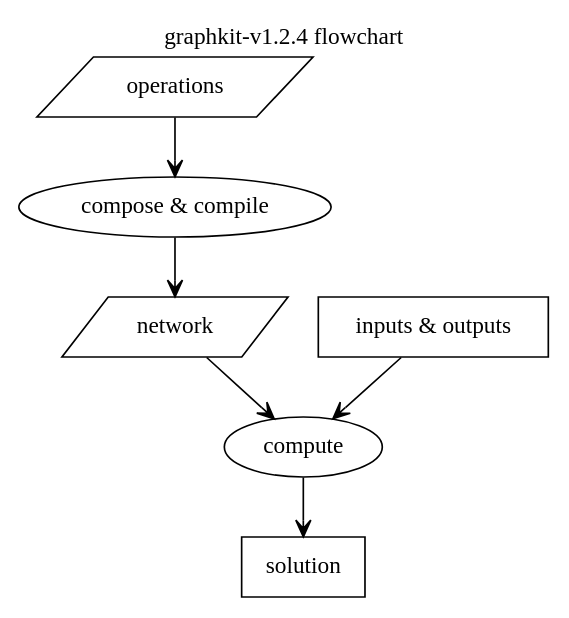
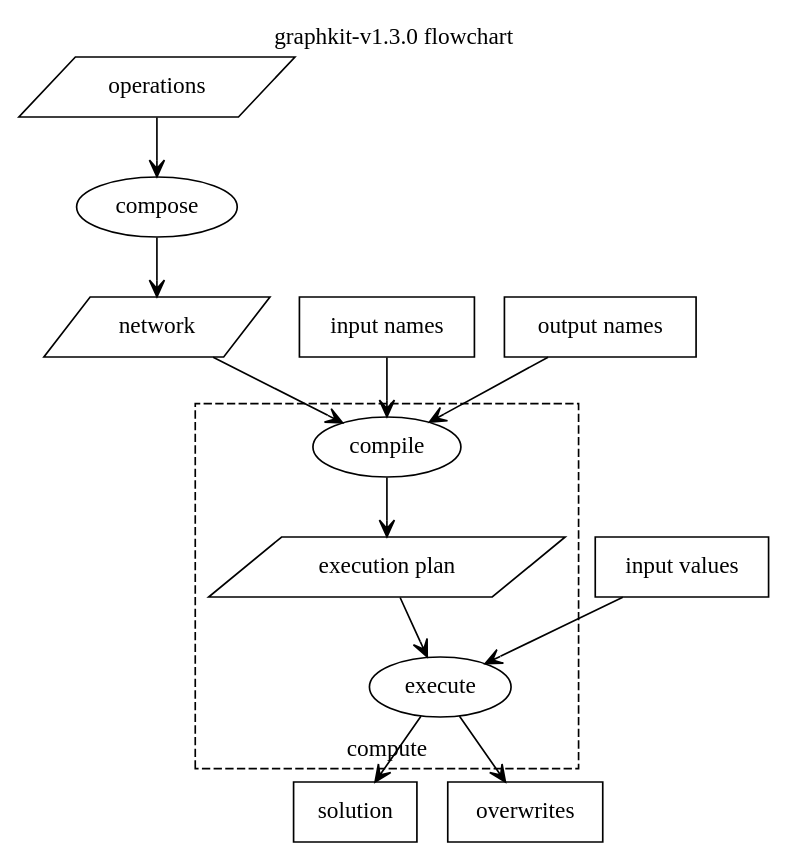
Before and after one commit to yahoo/graphkit: the diagram in docs/GraphkitFlowchart.dot, drawn with Graphviz. The commit also changed 4 other files, not shown here.

Commit message:
doc(changes): +FLOWCHART-v1.3.0

```diff
--- a/docs/GraphkitFlowchart.dot
+++ b/docs/GraphkitFlowchart.dot
@@ -1,18 +1,31 @@
 # Render it manually with this command, and remember to update result in git:
 #
-#   dot docs/GraphkitFlowchart.dot -Tsvg -odocs/source/images/GraphkitFlowchart.svg 
+#   dot docs/GraphkitFlowchart.dot -Tsvg -odocs/source/images/GraphkitFlowchart-vX.Y.Z.svg 
 #
 digraph {
-    label="graphkit-v1.2.4 flowchart";
+    label="graphkit-v1.3.0 flowchart";
     labelloc=t;
 
     operations  [shape=parallelogram fontname="italic"];
-    compose     [label="compose & compile" fontname="italic"];
+    compose     [fontname="italic"];
     network     [shape=parallelogram fontname="italic"];
-    data        [shape=rect label="inputs & outputs"];
-    compute     [fontname=italic fontname="italic"];
+    inputs      [shape=rect label="input names"];
+    outputs     [shape=rect label="output names"];
+    subgraph cluster_compute {
+        label=compute
+        fontname=bold
+        style=dashed;
+        labelloc=b;
+
+        compile     [fontname="italic"];
+        plan        [shape=parallelogram label="execution plan" fontname="italic"];
+        execute     [fontname=italic fontname="italic"];
+    }
+    values      [shape=rect label="input values"];
     solution    [shape=rect];
+    overwrites  [shape=rect];
     
     operations -> compose -> network    [arrowhead=vee];
-    {data network} -> compute -> solution [arrowhead=vee];
+    {network inputs outputs} -> compile -> plan  [arrowhead=vee];
+    {plan values} -> execute -> {solution overwrites} [arrowhead=vee];
 }
```
